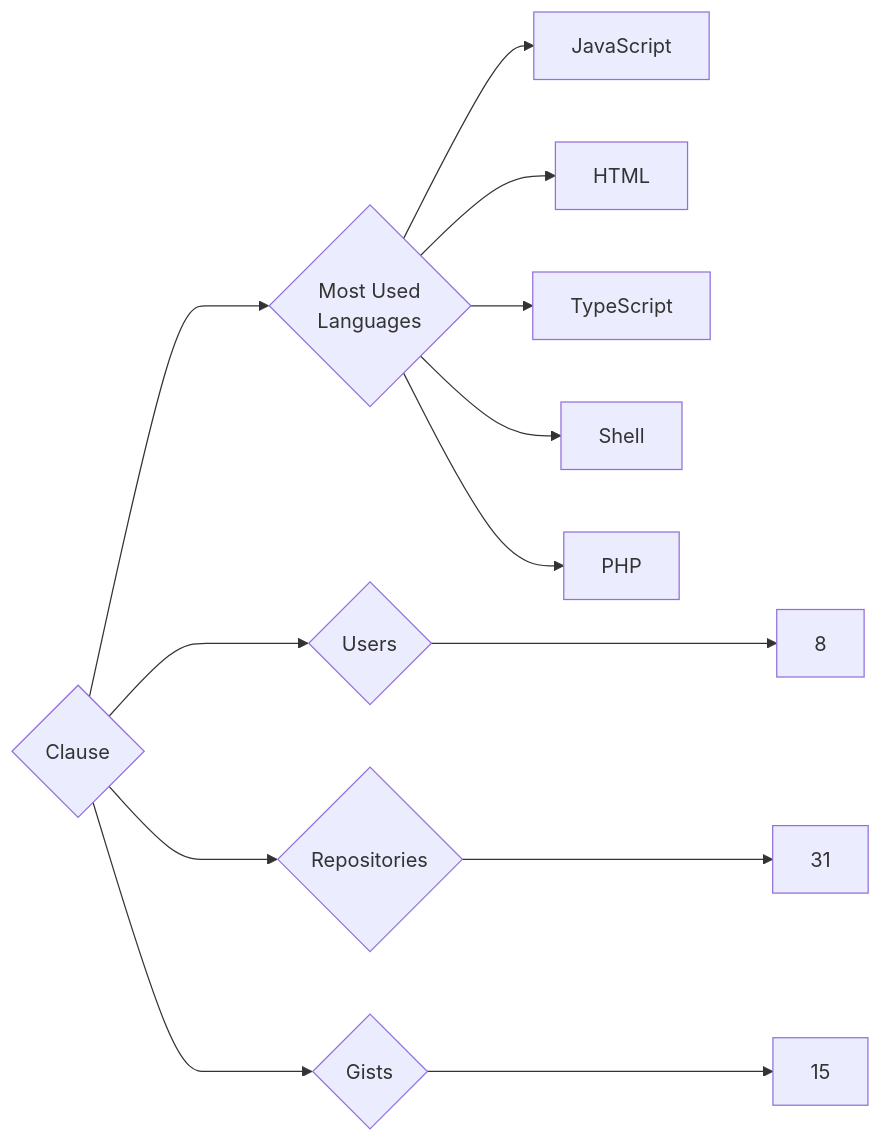
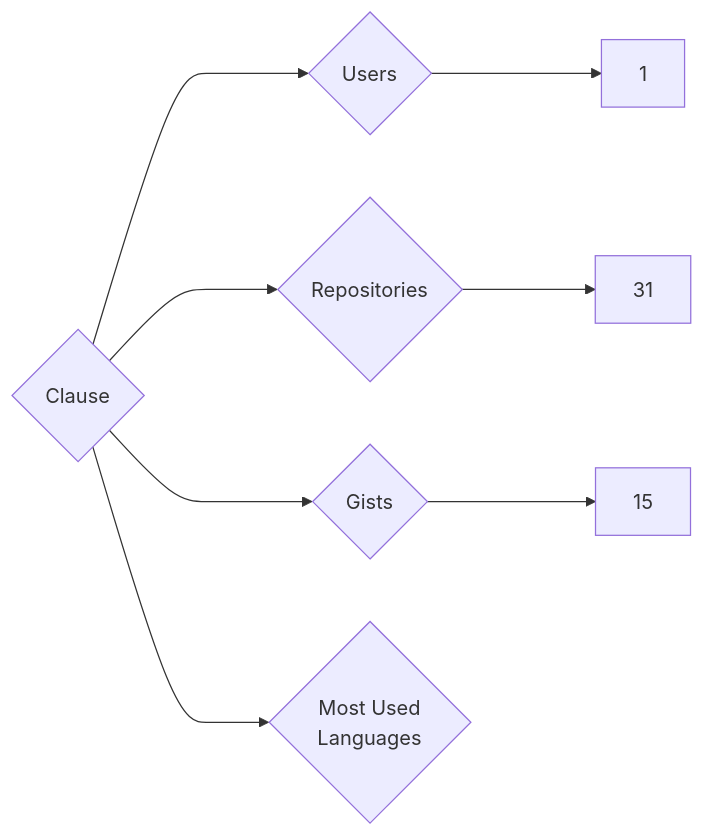
Before and after one commit to trickest/insiders: the diagram in targets/Clause/README.md, drawn with Mermaid. The commit also changed 933 other files, not shown here.

````diff
--- a/targets/Clause/README.md
+++ b/targets/Clause/README.md
@@ -3,13 +3,8 @@
 ```mermaid
 graph LR
 COMPANY_NAME{Clause}
-COMPANY_NAME ---> U{Users} ---> UN[8]
+COMPANY_NAME ---> U{Users} ---> UN[1]
 COMPANY_NAME ---> R{Repositories} ---> RN[31]
 COMPANY_NAME ---> G{Gists} ---> GN[15]
 COMPANY_NAME ---> ML{Most Used<br>Languages}
-ML --> JavaScript[JavaScript]
-ML --> HTML[HTML]
-ML --> TypeScript[TypeScript]
-ML --> Shell[Shell]
-ML --> PHP[PHP]
 ```
````
